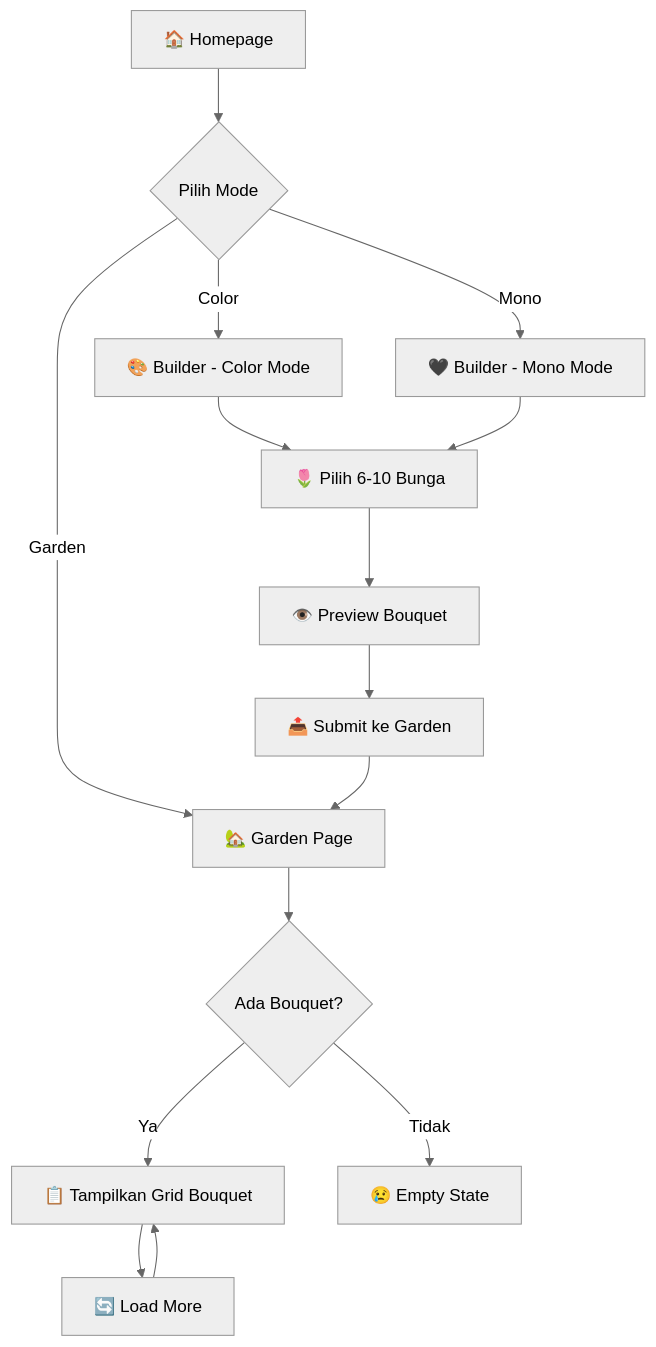
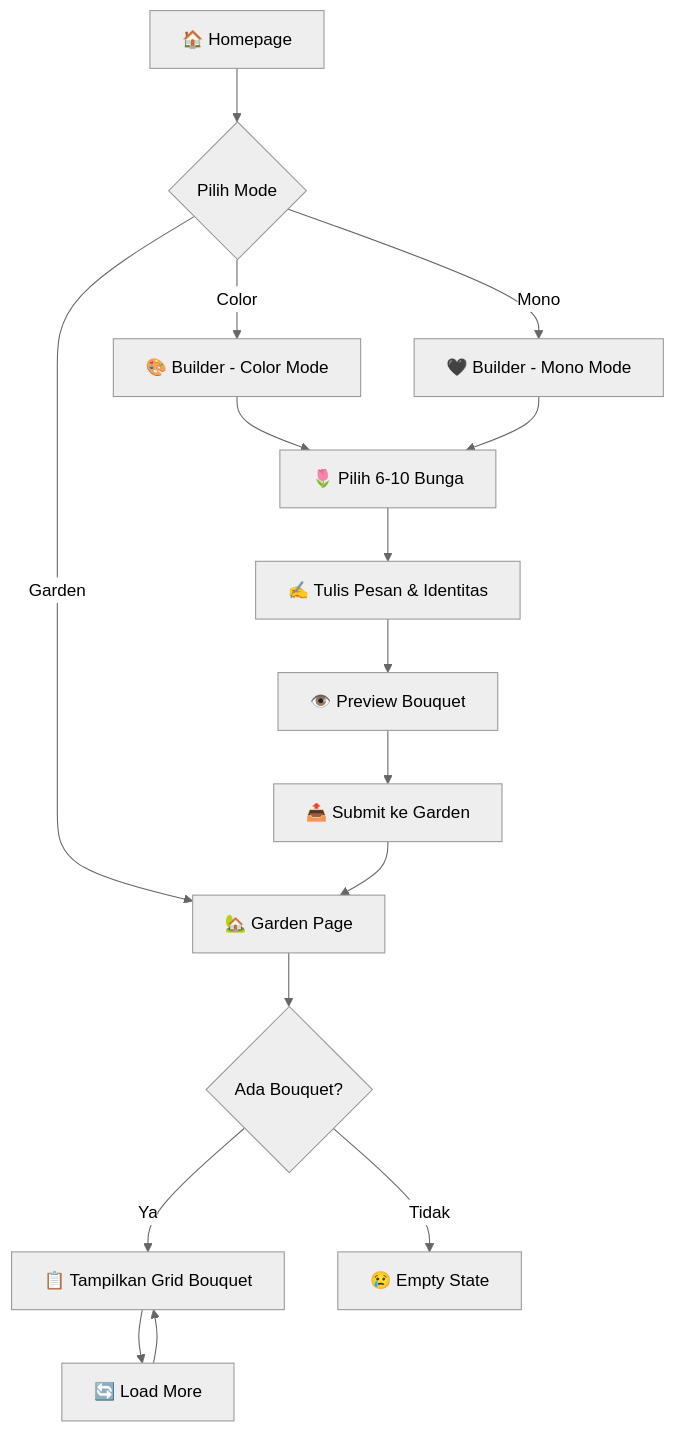
One commit to el-pablos/digi-bouquet changed the first of 2 diagrams in README.md. Above: the diagram before and after it, drawn with Mermaid (neutral theme). The commit also changed other lines of this file, not shown here.

````diff
--- a/README.md
+++ b/README.md
@@ -109,21 +117,22 @@
 ```mermaid
 flowchart TD
     A[🏠 Homepage] --> B{Pilih Mode}
     B -->|Color| C[🎨 Builder - Color Mode]
     B -->|Mono| D[🖤 Builder - Mono Mode]
     B -->|Garden| H[🏡 Garden Page]
     
     C --> E[🌷 Pilih 6-10 Bunga]
     D --> E
     
-    E --> F[👁️ Preview Bouquet]
+    E --> E2[✍️ Tulis Pesan & Identitas]
+    E2 --> F[👁️ Preview Bouquet]
     F --> G[📤 Submit ke Garden]
     G --> H
     
     H --> I{Ada Bouquet?}
     I -->|Ya| J[📋 Tampilkan Grid Bouquet]
     I -->|Tidak| K[😢 Empty State]
     
     J --> L[🔄 Load More]
     L --> J
 ```
````
